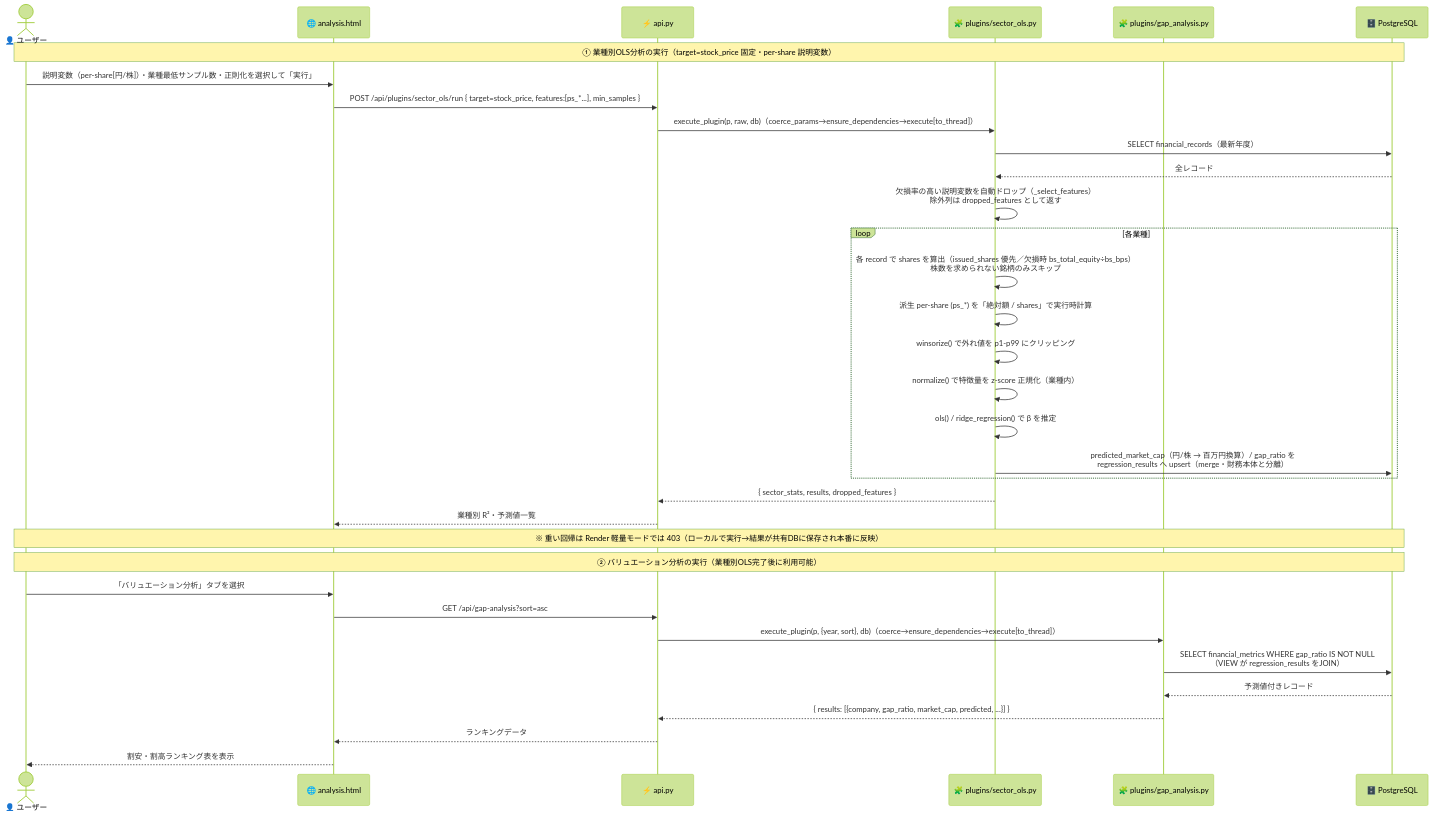
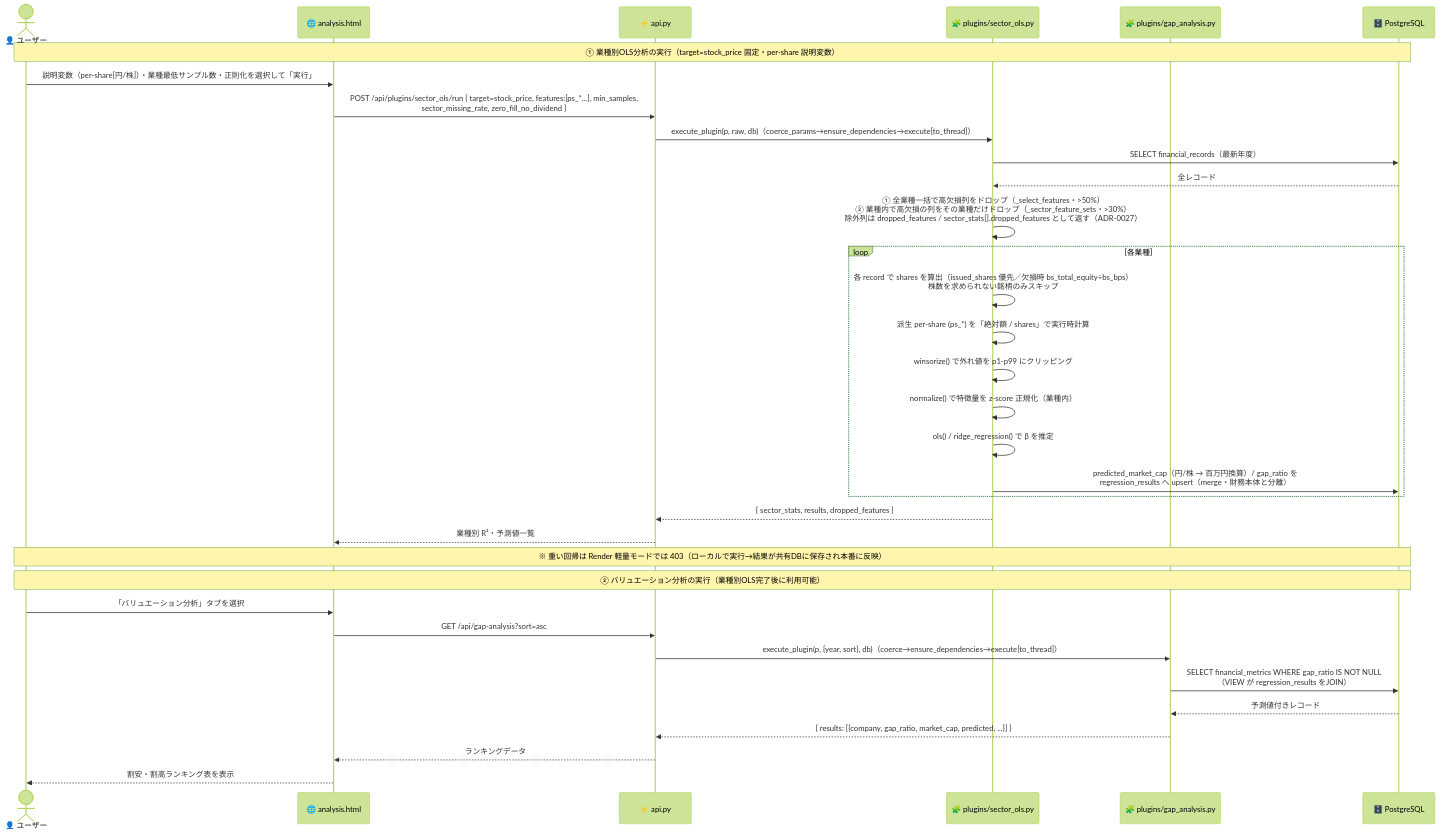
One commit to kome-kome/financial_app changed the sixth of 12 diagrams in docs/ARCHITECTURE.md. Above: the diagram before and after it, drawn with Mermaid (forest theme). The commit also changed 10 other files, not shown here.

First line of the commit message:
fix(sector_ols): 構造的NULLを欠測と分けて扱いカバレッジを74→93%へ (#437)

````diff
--- a/docs/ARCHITECTURE.md
+++ b/docs/ARCHITECTURE.md
@@ -527,42 +527,42 @@
 ```mermaid
 sequenceDiagram
     actor       User  as 👤 ユーザー
     participant UI    as 🌐 analysis.html
     participant API   as ⚡ api.py
     participant PLG   as 🧩 plugins/sector_ols.py
     participant GAP   as 🧩 plugins/gap_analysis.py
     participant DB    as 🗄️ PostgreSQL
 
     Note over User,DB: ① 業種別OLS分析の実行（target=stock_price 固定・per-share 説明変数）
     User ->> UI  : 説明変数（per-share[円/株]）・業種最低サンプル数・正則化を選択して「実行」
-    UI   ->> API : POST /api/plugins/sector_ols/run { target=stock_price, features:[ps_*...], min_samples }
+    UI   ->> API : POST /api/plugins/sector_ols/run { target=stock_price, features:[ps_*...], min_samples,<br/>sector_missing_rate, zero_fill_no_dividend }
     API  ->> PLG : execute_plugin(p, raw, db)（coerce_params→ensure_dependencies→execute[to_thread]）
 
     PLG  ->> DB  : SELECT financial_records（最新年度）
     DB  -->> PLG : 全レコード
 
-    PLG  ->> PLG : 欠損率の高い説明変数を自動ドロップ（_select_features）<br/>除外列は dropped_features として返す
+    PLG  ->> PLG : ① 全業種一括で高欠損列をドロップ（_select_features・>50%）<br/>② 業種内で高欠損の列をその業種だけドロップ（_sector_feature_sets・>30%）<br/>除外列は dropped_features / sector_stats[].dropped_features として返す（ADR-0027）
     loop 各業種
         PLG  ->> PLG : 各 record で shares を算出（issued_shares 優先／欠損時 bs_total_equity÷bs_bps）<br/>株数を求められない銘柄のみスキップ
         PLG  ->> PLG : 派生 per-share (ps_*) を「絶対額 / shares」で実行時計算
         PLG  ->> PLG : winsorize() で外れ値を p1-p99 にクリッピング
         PLG  ->> PLG : normalize() で特徴量を z-score 正規化（業種内）
         PLG  ->> PLG : ols() / ridge_regression() で β を推定
         PLG  ->> DB  : predicted_market_cap（円/株 → 百万円換算）/ gap_ratio を<br/>regression_results へ upsert（merge・財務本体と分離）
     end
 
     PLG -->> API : { sector_stats, results, dropped_features }
     API -->> UI  : 業種別 R²・予測値一覧
 
     Note over User,DB: ※ 重い回帰は Render 軽量モードでは 403（ローカルで実行→結果が共有DBに保存され本番に反映）
 
     Note over User,DB: ② バリュエーション分析の実行（業種別OLS完了後に利用可能）
     User ->> UI  : 「バリュエーション分析」タブを選択
     UI   ->> API : GET /api/gap-analysis?sort=asc
     API  ->> GAP : execute_plugin(p, {year, sort}, db)（coerce→ensure_dependencies→execute[to_thread]）
     GAP  ->> DB  : SELECT financial_metrics WHERE gap_ratio IS NOT NULL<br/>（VIEW が regression_results をJOIN）
     DB  -->> GAP : 予測値付きレコード
     GAP -->> API : { results: [{company, gap_ratio, market_cap, predicted, ...}] }
     API -->> UI  : ランキングデータ
     UI  -->> User: 割安・割高ランキング表を表示
 ```
````
